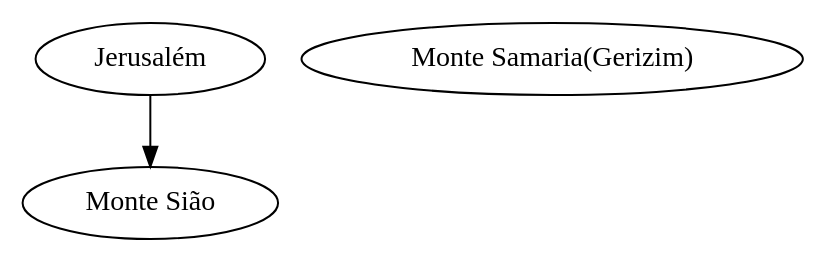
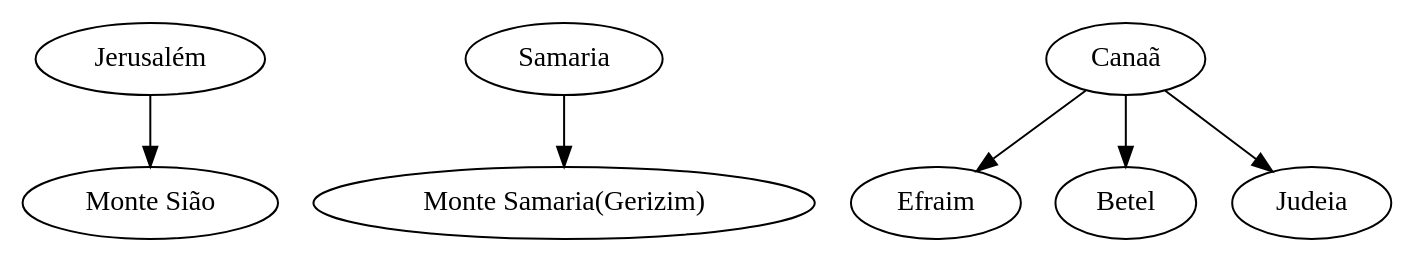
Before and after one commit to lucassdraft/logos-insights: the diagram in locais.dot, drawn with Graphviz.

```diff
--- a/locais.dot
+++ b/locais.dot
@@ -1,4 +1,9 @@
 digraph Locais {
     Jerusalém -> "Monte Sião"
-    "Monte Samaria(Gerizim)" [label="Monte Samaria(Gerizim)" tooltip="Também chamado de Gerizim, localizado em Samaria"]
+    Samaria -> Gerizim
+    Gerizim [label="Monte Samaria(Gerizim)" tooltip="Também chamado de Gerizim, localizado em Samaria"]
+    Canaã -> Efraim
+    Canaã -> Betel
+    Betel [label="Betel" tooltip="Uma cidade cananeia situada entre Efraim e Judeia"]
+    Canaã -> Judeia
 }
```
